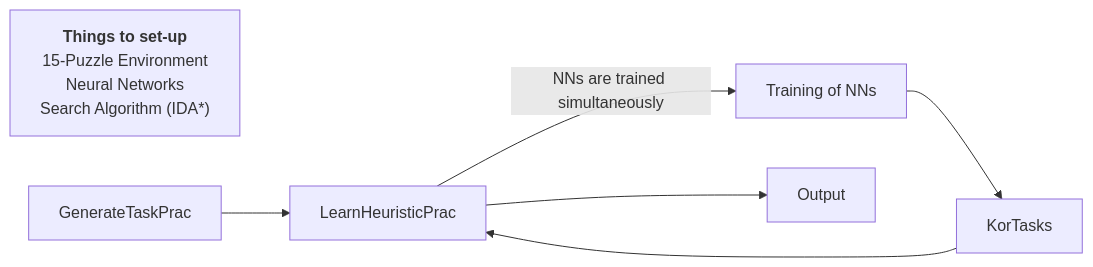
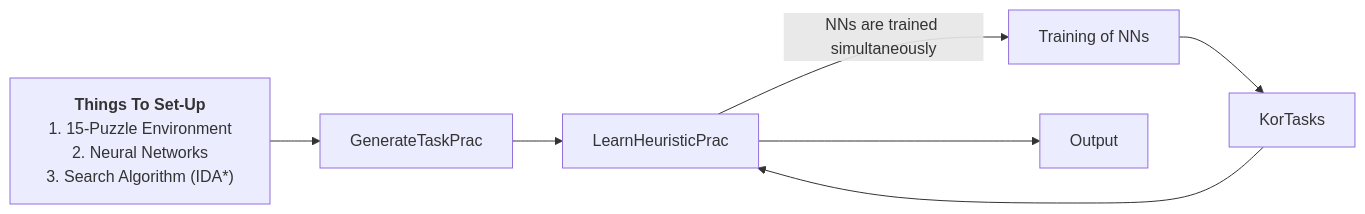
The diagram in README.md (OShagHennessy/Reproducibility_Assignment), drawn with Mermaid before and after one commit.

````diff
--- a/README.md
+++ b/README.md
@@ -10,16 +10,16 @@
 ```mermaid
 flowchart LR;
 
-FirstBlock["`**Things to set-up**
-15-Puzzle Environment
-Neural Networks
-Search Algorithm (IDA*)`"]
+FirstBlock["`**Things To Set-Up**
+1. 15-Puzzle Environment
+2. Neural Networks
+3. Search Algorithm (IDA*)`"]
 Algorithm3["`GenerateTaskPrac`"]
 Algorithm4["`LearnHeuristicPrac`"]
 TrainingofNNs["`Training of NNs`"]
 KorTasks["KorTasks"]
 Output["Output"]
 
-Algorithm3 --> Algorithm4 --NNs are trained simultaneously--> TrainingofNNs --> KorTasks --> Algorithm4 --> Output
+FirstBlock --> Algorithm3 --> Algorithm4 --NNs are trained simultaneously--> TrainingofNNs --> KorTasks --> Algorithm4 --> Output
 
 ```
````
